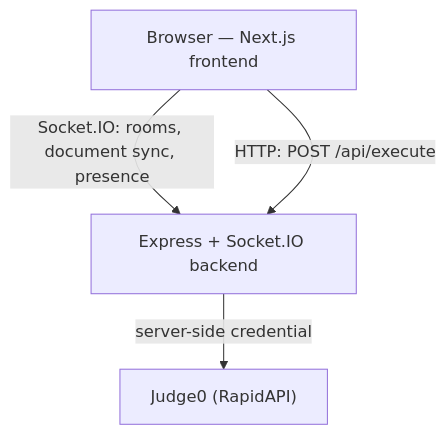
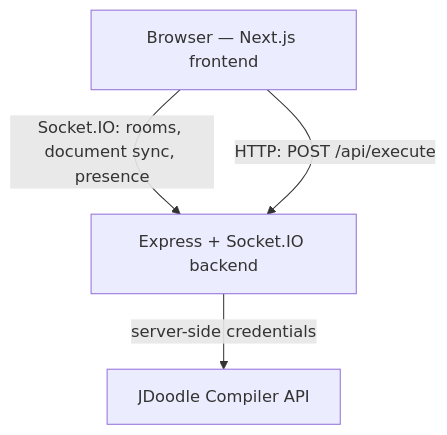
One commit to Youssef-Boussabah/DevSync changed the diagram in README.md. Above: the diagram before and after it, drawn with Mermaid. The commit also changed other lines of this file and 13 other files, not shown here.

````diff
--- a/README.md
+++ b/README.md
@@ -32,10 +32,10 @@
 ```mermaid
 flowchart TD
     browser["Browser — Next.js frontend"]
     server["Express + Socket.IO backend"]
-    judge["Judge0 (RapidAPI)"]
+    provider["JDoodle Compiler API"]
 
     browser -->|"Socket.IO: rooms, document sync, presence"| server
     browser -->|"HTTP: POST /api/execute"| server
-    server -->|"server-side credential"| judge
+    server -->|"server-side credentials"| provider
 ```
````
